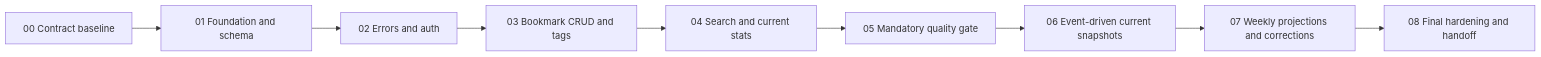
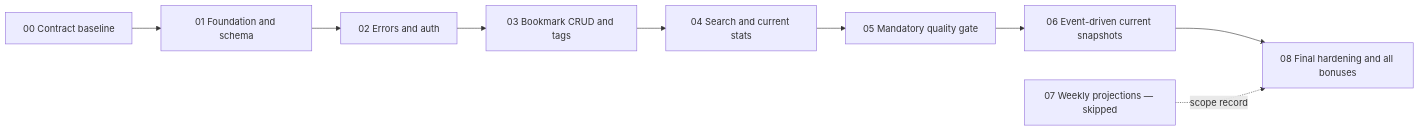
One commit to mechatroNick/backend-exercise changed the diagram in docs/DELIVERY-PLAN.md. Above: the diagram before and after it, drawn with Mermaid. The commit also changed other lines of this file and 25 other files, not shown here.

````diff
--- a/docs/DELIVERY-PLAN.md
+++ b/docs/DELIVERY-PLAN.md
@@ -9,11 +9,11 @@
 ```mermaid
 flowchart LR
     T00["00 Contract baseline"] --> T01["01 Foundation and schema"]
     T01 --> T02["02 Errors and auth"]
     T02 --> T03["03 Bookmark CRUD and tags"]
     T03 --> T04["04 Search and current stats"]
     T04 --> T05["05 Mandatory quality gate"]
     T05 --> T06["06 Event-driven current snapshots"]
-    T06 --> T07["07 Weekly projections and corrections"]
-    T07 --> T08["08 Final hardening and handoff"]
+    T06 --> T08["08 Final hardening and all bonuses"]
+    T07["07 Weekly projections — skipped"] -. "scope record" .-> T08
 ```
````
